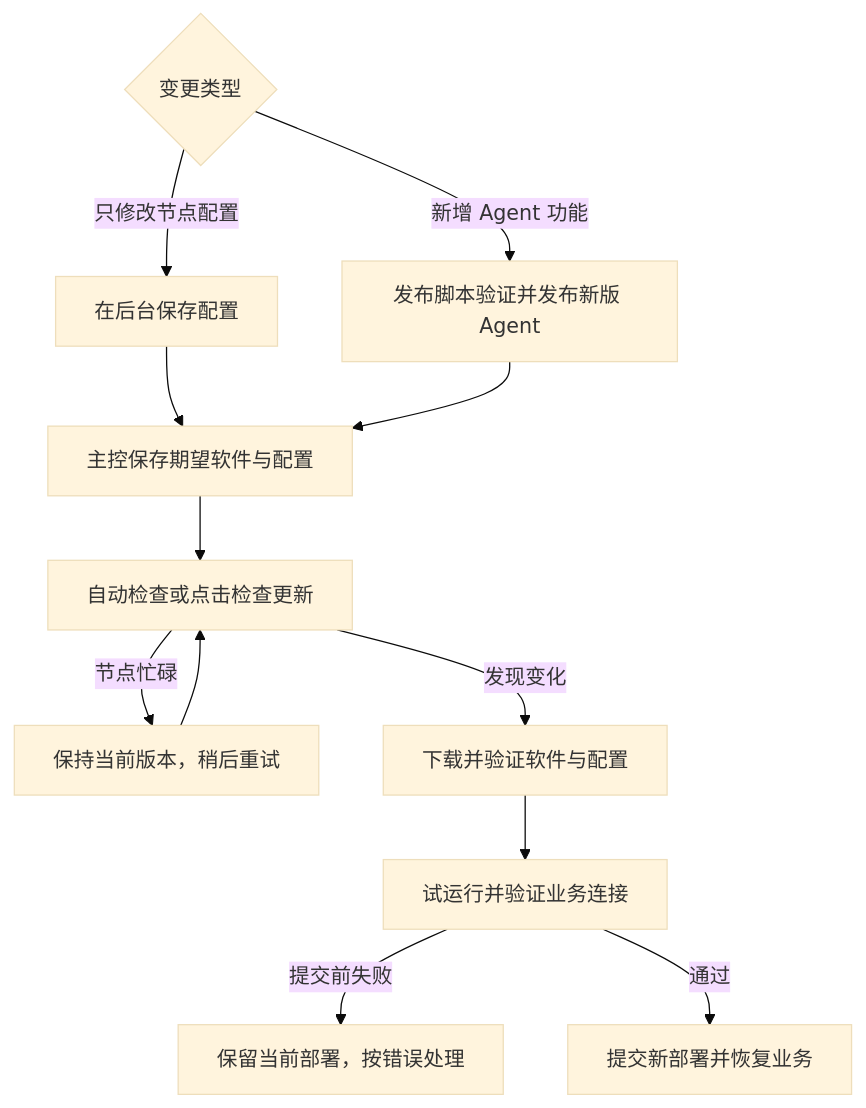
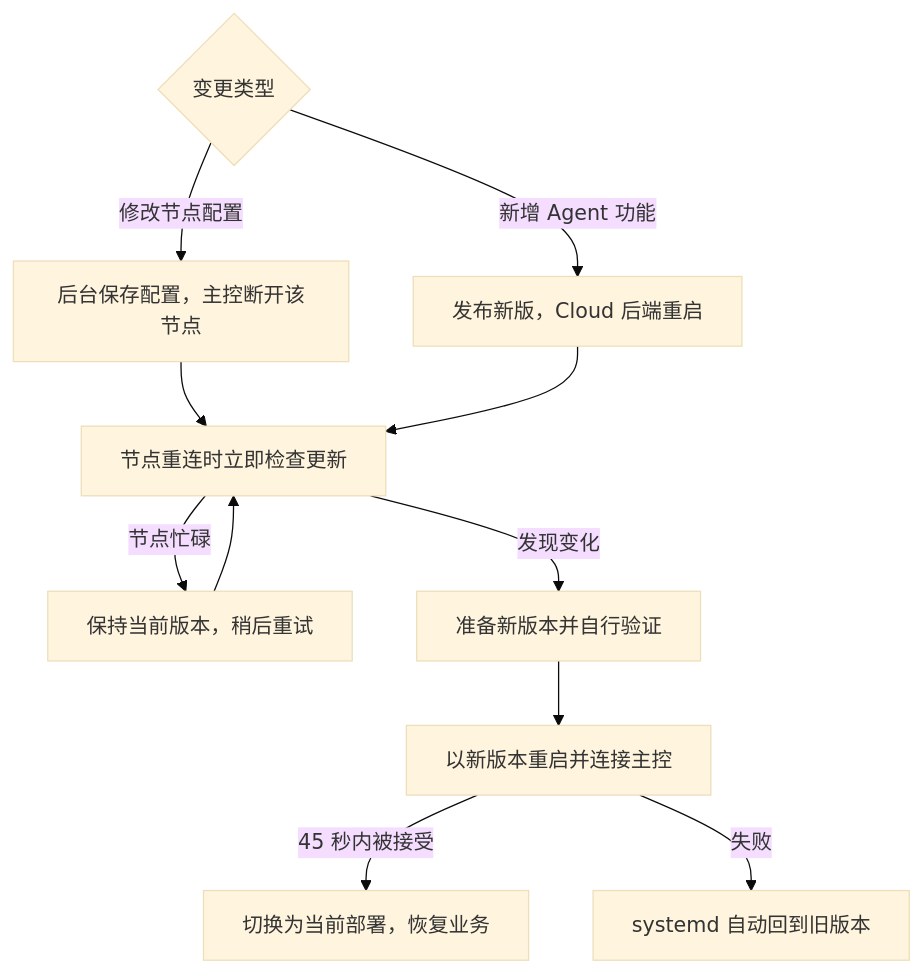
The diagram in docs/INSTALLATION.md (akastrmix/akastr-agent), drawn with Mermaid (base theme) before and after one commit. The commit also changed other lines of this file and 72 other files, not shown here.

````diff
--- a/docs/INSTALLATION.md
+++ b/docs/INSTALLATION.md
@@ -137,15 +137,14 @@
 ```mermaid
 flowchart TD
     A{变更类型}
-    A -->|只修改节点配置| B[在后台保存配置]
-    A -->|新增 Agent 功能| C[发布脚本验证并发布新版 Agent]
-    B --> D[主控保存期望软件与配置]
+    A -->|修改节点配置| B[后台保存配置，主控断开该节点]
+    A -->|新增 Agent 功能| C[发布新版，Cloud 后端重启]
+    B --> D[节点重连时立即检查更新]
     C --> D
-    D --> E[自动检查或点击检查更新]
-    E -->|节点忙碌| F[保持当前版本，稍后重试]
-    F --> E
-    E -->|发现变化| G[下载并验证软件与配置]
-    G --> H[试运行并验证业务连接]
-    H -->|提交前失败| I[保留当前部署，按错误处理]
-    H -->|通过| J[提交新部署并恢复业务]
+    D -->|节点忙碌| E[保持当前版本，稍后重试]
+    E --> D
+    D -->|发现变化| F[准备新版本并自行验证]
+    F --> G[以新版本重启并连接主控]
+    G -->|45 秒内被接受| H[切换为当前部署，恢复业务]
+    G -->|失败| I[systemd 自动回到旧版本]
 ```
````
